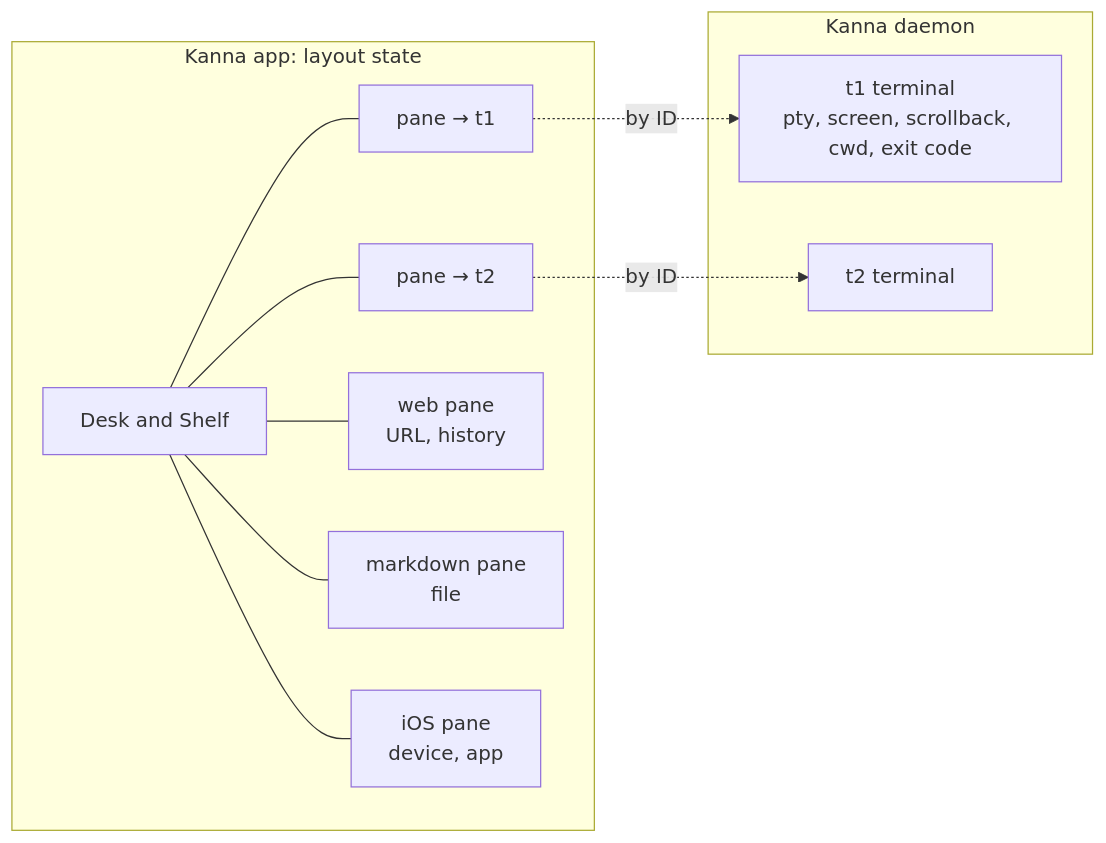
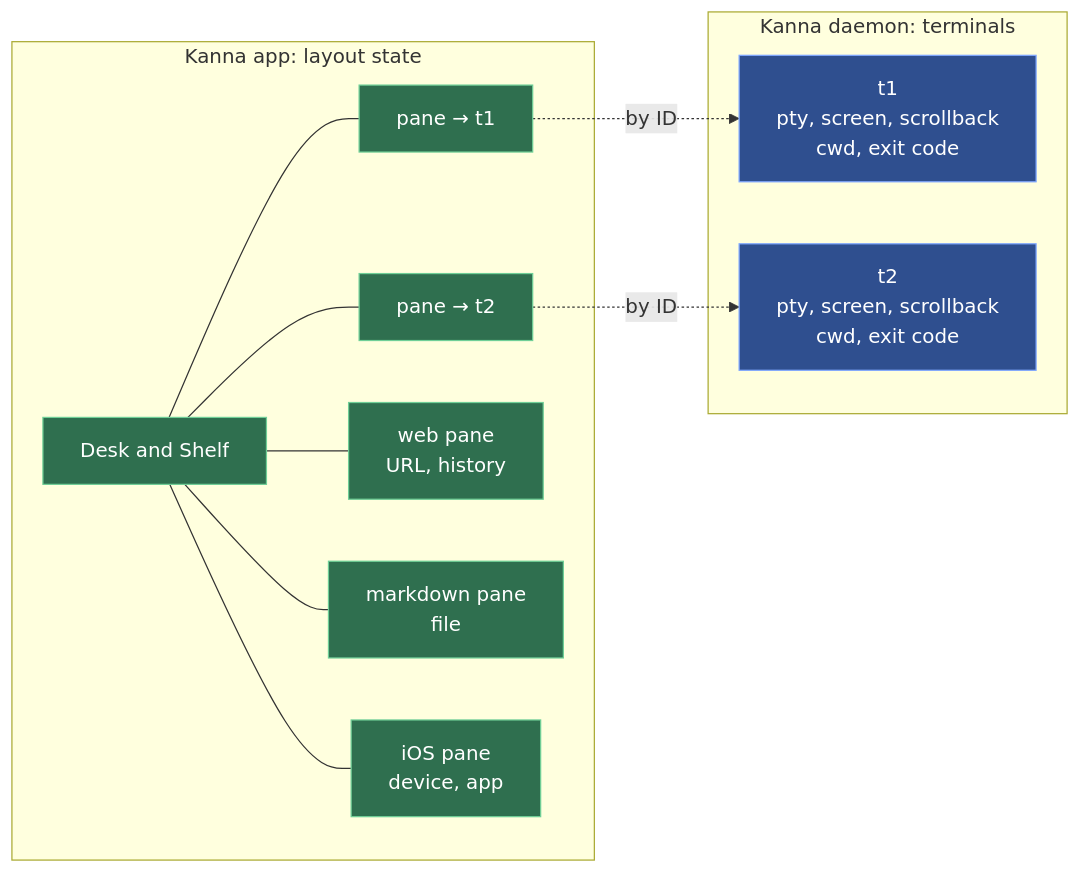
One commit to jemdiggity/kanna-v4 changed the third of 9 diagrams in docs/research/mux-architecture.md. Above: the diagram before and after it, drawn with Mermaid. The commit also changed other lines of this file, not shown here.

Commit message:
Mux architecture: beautify the diagrams (colours by owner, processes as boxes, layers as bars)

````diff
--- a/docs/research/mux-architecture.md
+++ b/docs/research/mux-architecture.md
@@ -139,18 +135,25 @@
 ```mermaid
 flowchart LR
-    subgraph D["Kanna daemon"]
-        T1["t1 terminal<br/>pty, screen, scrollback, cwd, exit code"]
-        T2["t2 terminal"]
-    end
     subgraph A["Kanna app: layout state"]
         DESK["Desk and Shelf"]
         P1["pane → t1"]
         P2["pane → t2"]
         P3["web pane<br/>URL, history"]
         P4["markdown pane<br/>file"]
         P5["iOS pane<br/>device, app"]
         DESK --- P1 & P2 & P3 & P4 & P5
     end
+    subgraph D["Kanna daemon: terminals"]
+        T1["t1<br/>pty, screen, scrollback<br/>cwd, exit code"]
+        T2["t2<br/>pty, screen, scrollback<br/>cwd, exit code"]
+    end
     P1 -. "by ID" .-> T1
     P2 -. "by ID" .-> T2
+    classDef kanna fill:#2f6f4f,stroke:#6fcf97,color:#ffffff
+    classDef kmux fill:#2f4f8f,stroke:#7fa7ff,color:#ffffff
+    classDef kmuxapp fill:#4f3f7f,stroke:#b39cff,color:#ffffff
+    classDef os fill:#4a4a55,stroke:#9a9aa8,color:#ffffff
+    classDef ext fill:#6b4f2f,stroke:#e0a960,color:#ffffff
+    class DESK,P1,P2,P3,P4,P5 kanna
+    class T1,T2 kmux
 ```
````
